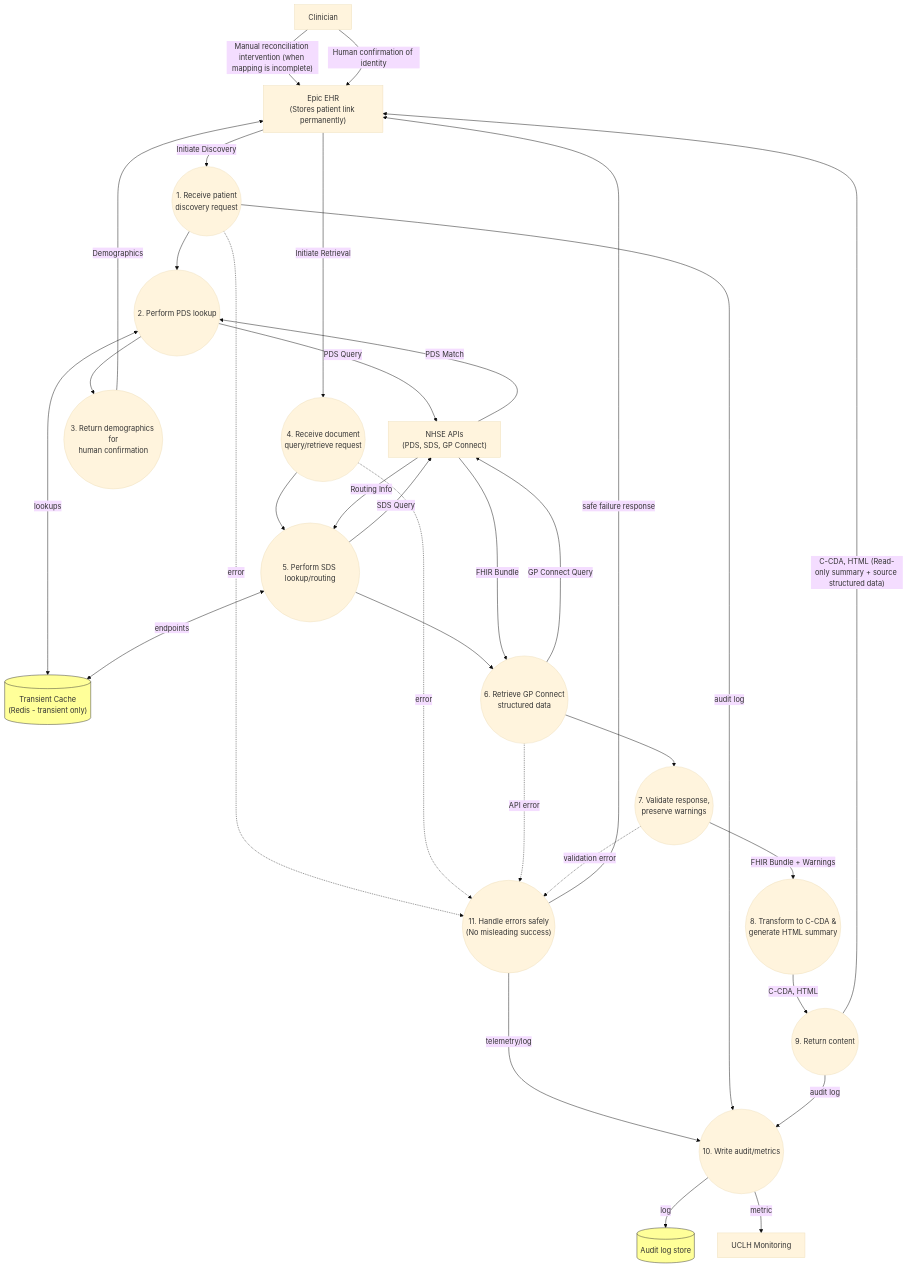
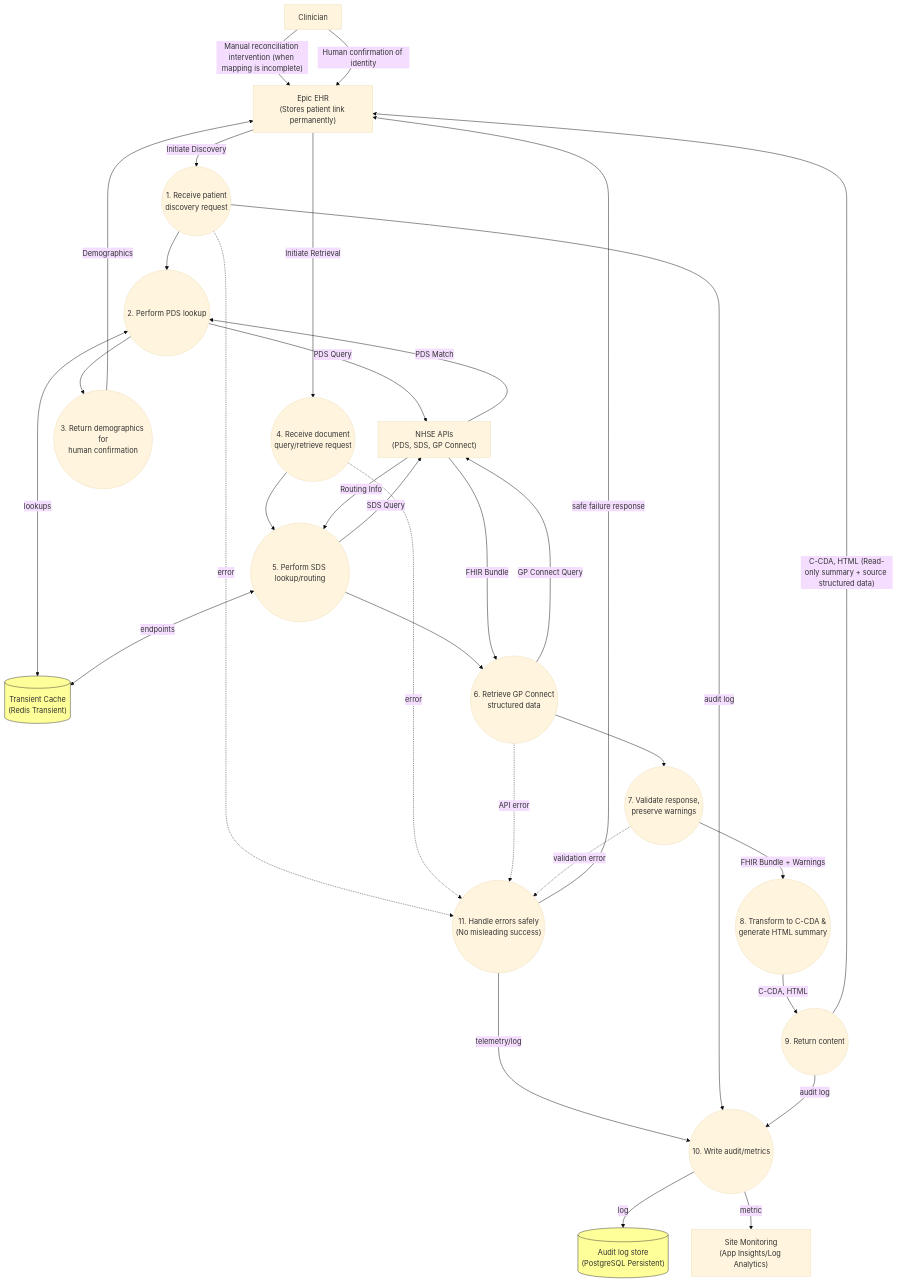
One commit to UCLH-Digital-Innovation-Hub/Xhuma changed the fifth of 6 diagrams in docs/technical_architecture.md. Above: the diagram before and after it, drawn with Mermaid (base theme). The commit also changed other lines of this file and 2 other files, not shown here.

Commit message:
docs: sanitise generic resource names and align technical architecture flows

````diff
--- a/docs/technical_architecture.md
+++ b/docs/technical_architecture.md
@@ -175,69 +175,69 @@
 ```mermaid
 flowchart TD
     %% DFD Level 1 (Detailed View)
     classDef datastore fill:#ff9,stroke:#333;
     
     %% External Entities
     Clinician["Clinician"]
     Epic["Epic EHR\n(Stores patient link permanently)"]
     NHSE["NHSE APIs\n(PDS, SDS, GP Connect)"]
-    Mon["UCLH Monitoring"]
+    Mon["Site Monitoring\n(App Insights/Log Analytics)"]
 
     %% Data Stores
-    StoreAudit[("Audit log store")]:::datastore
-    StoreCache[("Transient Cache\n(Redis - transient only)")]:::datastore
+    StoreAudit[("Audit log store\n(PostgreSQL Persistent)")]:::datastore
+    StoreCache[("Transient Cache\n(Redis Transient)")]:::datastore
     
     %% Discovery Scope
     P1(("1. Receive patient\ndiscovery request"))
     P2(("2. Perform PDS lookup"))
     P3(("3. Return demographics for\nhuman confirmation"))
     
     %% Retrieve Scope
     P4(("4. Receive document\nquery/retrieve request"))
     P5(("5. Perform SDS lookup/routing"))
     P6(("6. Retrieve GP Connect\nstructured data"))
     P7(("7. Validate response,\npreserve warnings"))
     P8(("8. Transform to C-CDA &\ngenerate HTML summary"))
     P9(("9. Return content"))
     
     %% Common Scope
     P10(("10. Write audit/metrics"))
     P11(("11. Handle errors safely\n(No misleading success)"))
 
     Clinician -->|"Manual reconciliation intervention (when mapping is incomplete)"| Epic
     Clinician -->|"Human confirmation of identity"| Epic
     
     Epic -->|Initiate Discovery| P1
     P1 -->P2
     P2 -->|PDS Query| NHSE
     NHSE -->|PDS Match| P2
     P2 -->P3
     P3 -->|Demographics| Epic
     
     Epic -->|Initiate Retrieval| P4
     P4 -->P5
     P5 -->|SDS Query| NHSE
     NHSE -->|Routing Info| P5
     P5 -->P6
     P6 -->|GP Connect Query| NHSE
     NHSE -->|FHIR Bundle| P6
     P6 -->P7
     P7 -->|FHIR Bundle + Warnings| P8
     P8 -->|C-CDA, HTML| P9
     P9 -->|"C-CDA, HTML (Read-only summary + source structured data)"| Epic
     
     P1 -.->|error| P11
     P4 -.->|error| P11
     P6 -.->|API error| P11
     P7 -.->|validation error| P11
     P11 -->|safe failure response| Epic
     P11 -->|telemetry/log| P10
     
     P1 -->|audit log| P10
     P9 -->|audit log| P10
     P10 -->|log| StoreAudit
     P10 -->|metric| Mon
     
     P2 <-->|lookups| StoreCache
     P5 <-->|endpoints| StoreCache
 ```
````
